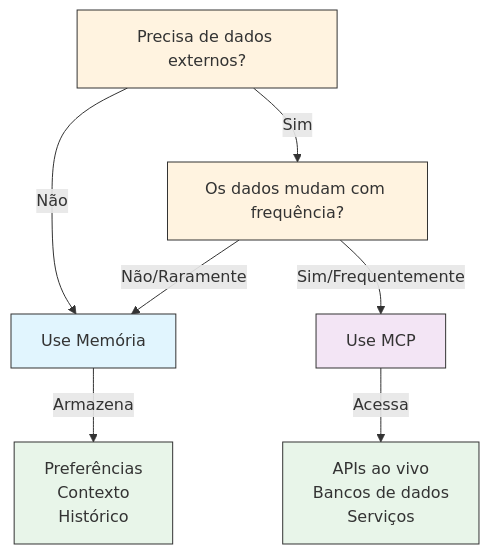
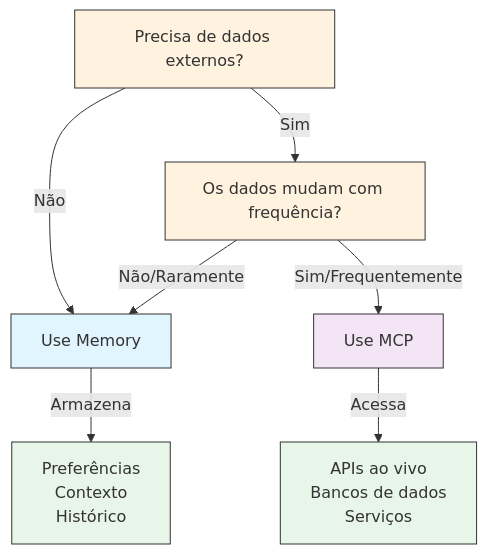
Before and after one commit to Diegobecker07/claude-howto: the fourth of 7 diagrams in pt-BR/05-mcp/README.md, drawn with Mermaid. The commit also changed other lines of this file and 26 other files, not shown here.

````diff
--- a/pt-BR/05-mcp/README.md
+++ b/pt-BR/05-mcp/README.md
@@ -557,18 +557,18 @@
 ```mermaid
 graph TD
     A["Precisa de dados externos?"]
-    A -->|Não| B["Use Memória"]
+    A -->|Não| B["Use Memory"]
     A -->|Sim| C["Os dados mudam com frequência?"]
     C -->|Não/Raramente| B
     C -->|Sim/Frequentemente| D["Use MCP"]
 
     B -->|Armazena| E["Preferências<br/>Contexto<br/>Histórico"]
     D -->|Acessa| F["APIs ao vivo<br/>Bancos de dados<br/>Serviços"]
 
     style A fill:#fff3e0,stroke:#333,color:#333
     style B fill:#e1f5fe,stroke:#333,color:#333
     style C fill:#fff3e0,stroke:#333,color:#333
     style D fill:#f3e5f5,stroke:#333,color:#333
     style E fill:#e8f5e9,stroke:#333,color:#333
     style F fill:#e8f5e9,stroke:#333,color:#333
 ```
````
